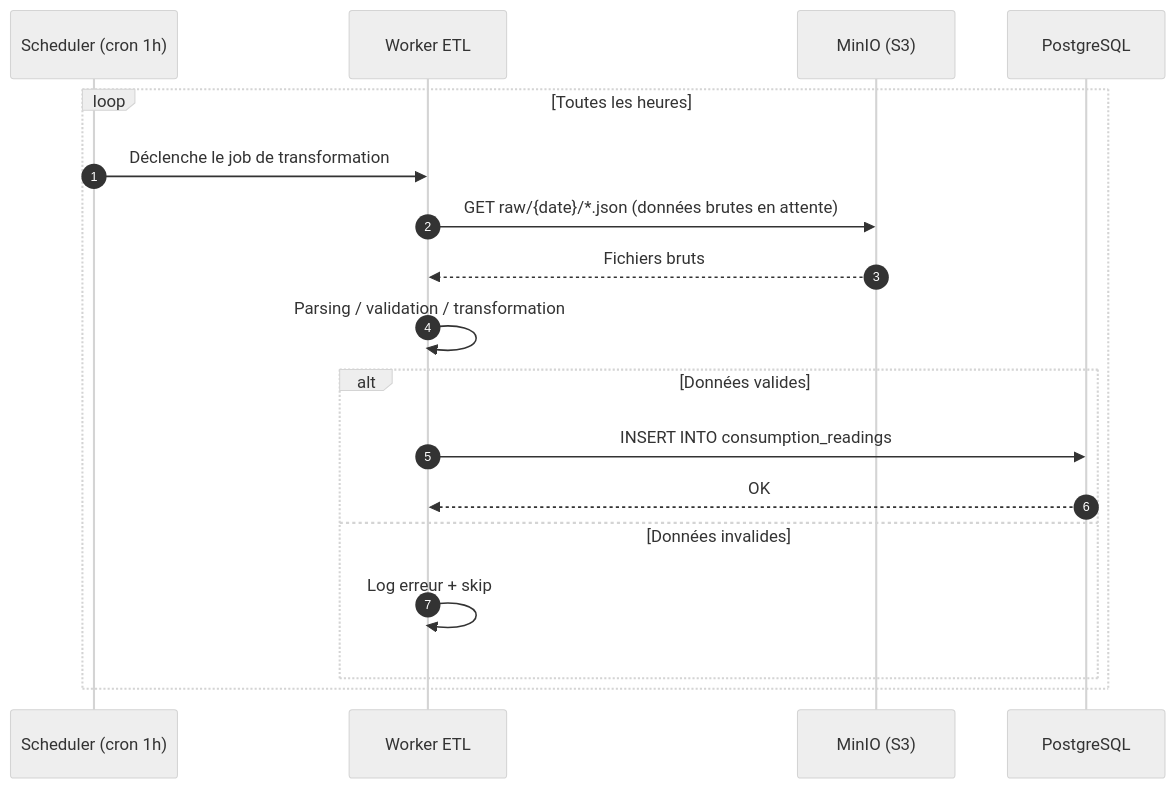
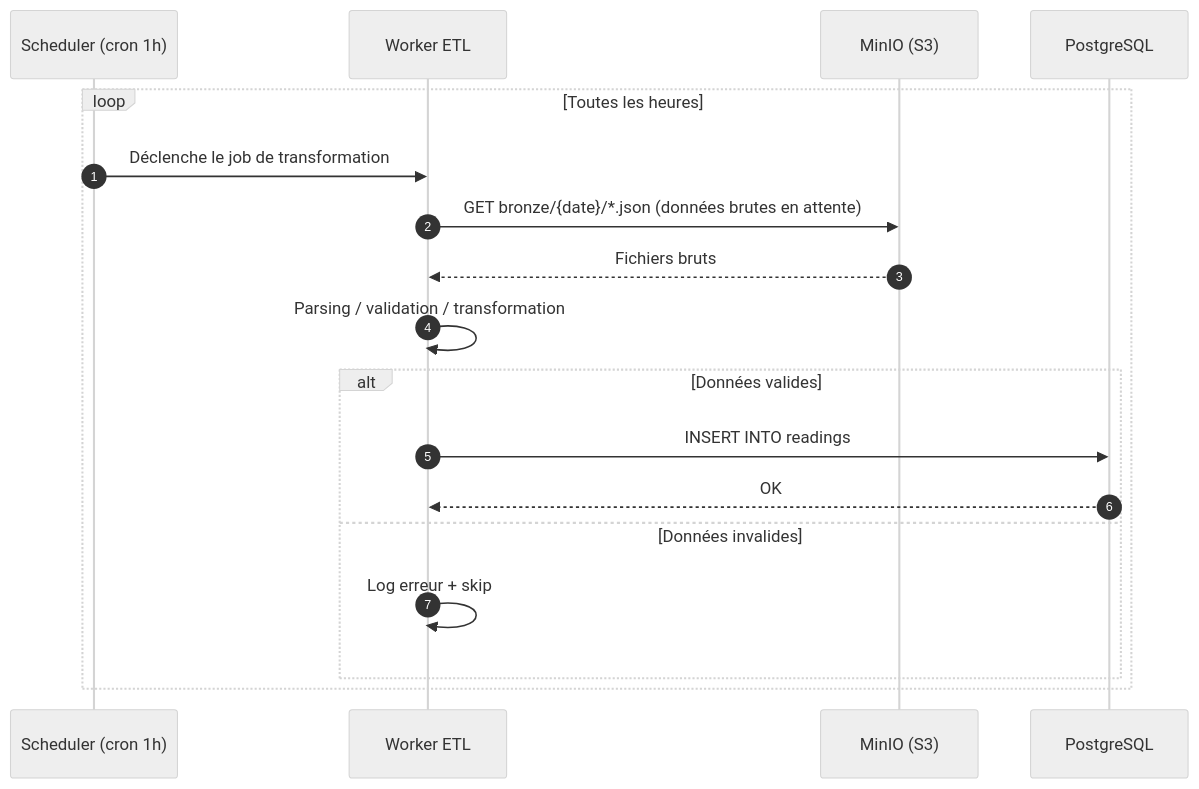
The second of 2 diagrams in docs/seq_etl.md (PetitPingu/EnerVision), drawn with Mermaid (neutral theme) before and after one commit. The commit also changed other lines of this file and 2 other files, not shown here.

First line of the commit message:
Adapter les schémas mermaid à l'implémentation réelle (#19)

````diff
--- a/docs/seq_etl.md
+++ b/docs/seq_etl.md
@@ -30,21 +57,21 @@
 ```mermaid
 sequenceDiagram
     autonumber
     participant Cron as Scheduler (cron 1h)
     participant Worker as Worker ETL
     participant MinIO as MinIO (S3)
     participant PG as PostgreSQL
  
     loop Toutes les heures
         Cron->>Worker: Déclenche le job de transformation
-        Worker->>MinIO: GET raw/{date}/*.json (données brutes en attente)
+        Worker->>MinIO: GET bronze/{date}/*.json (données brutes en attente)
         MinIO-->>Worker: Fichiers bruts
         Worker->>Worker: Parsing / validation / transformation
         alt Données valides
-            Worker->>PG: INSERT INTO consumption_readings
+            Worker->>PG: INSERT INTO readings
             PG-->>Worker: OK
         else Données invalides
             Worker->>Worker: Log erreur + skip
         end
     end
 ```
````
